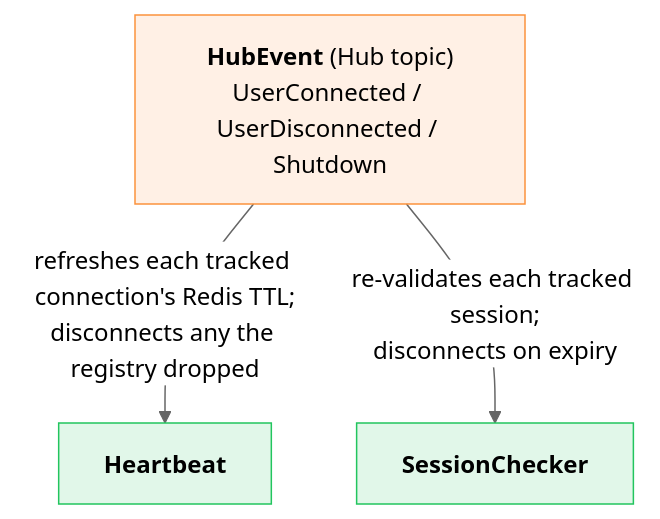
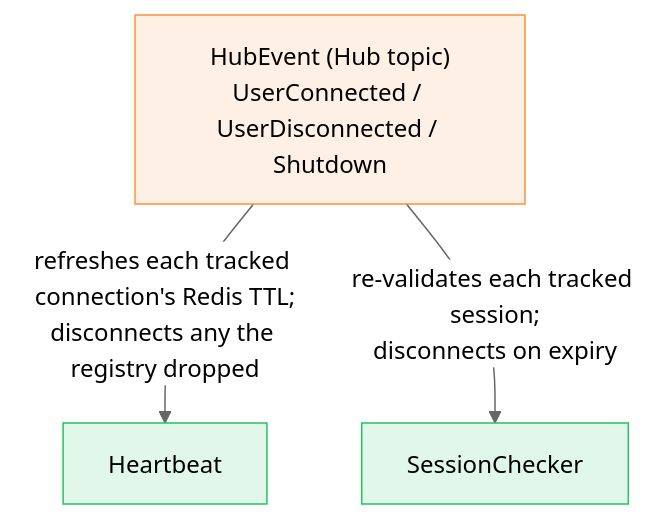
One commit to gzp79/shine-services changed the fifth of 7 diagrams in docs/services/builder/hub.md. Above: the diagram before and after it, drawn with Mermaid (neutral theme). The commit also changed other lines of this file and 5 other files, not shown here.

````diff
--- a/docs/services/builder/hub.md
+++ b/docs/services/builder/hub.md
@@ -229,12 +252,12 @@
 ```mermaid
 flowchart TD
     classDef orange fill:#fb923c22,stroke:#fb923c
     classDef green fill:#22c55e22,stroke:#22c55e
 
-    E["<b>HubEvent</b> (Hub topic)<br/>UserConnected / UserDisconnected / Shutdown"]:::orange
-    HB["<b>Heartbeat</b>"]:::green
-    SC["<b>SessionChecker</b>"]:::green
+    E["HubEvent (Hub topic)<br/>UserConnected / UserDisconnected / Shutdown"]:::orange
+    HB["Heartbeat"]:::green
+    SC["SessionChecker"]:::green
 
     E -- "refreshes each tracked connection's Redis TTL;<br/>disconnects any the registry dropped" --> HB
     E -- "re-validates each tracked session;<br/>disconnects on expiry" --> SC
 ```
````
